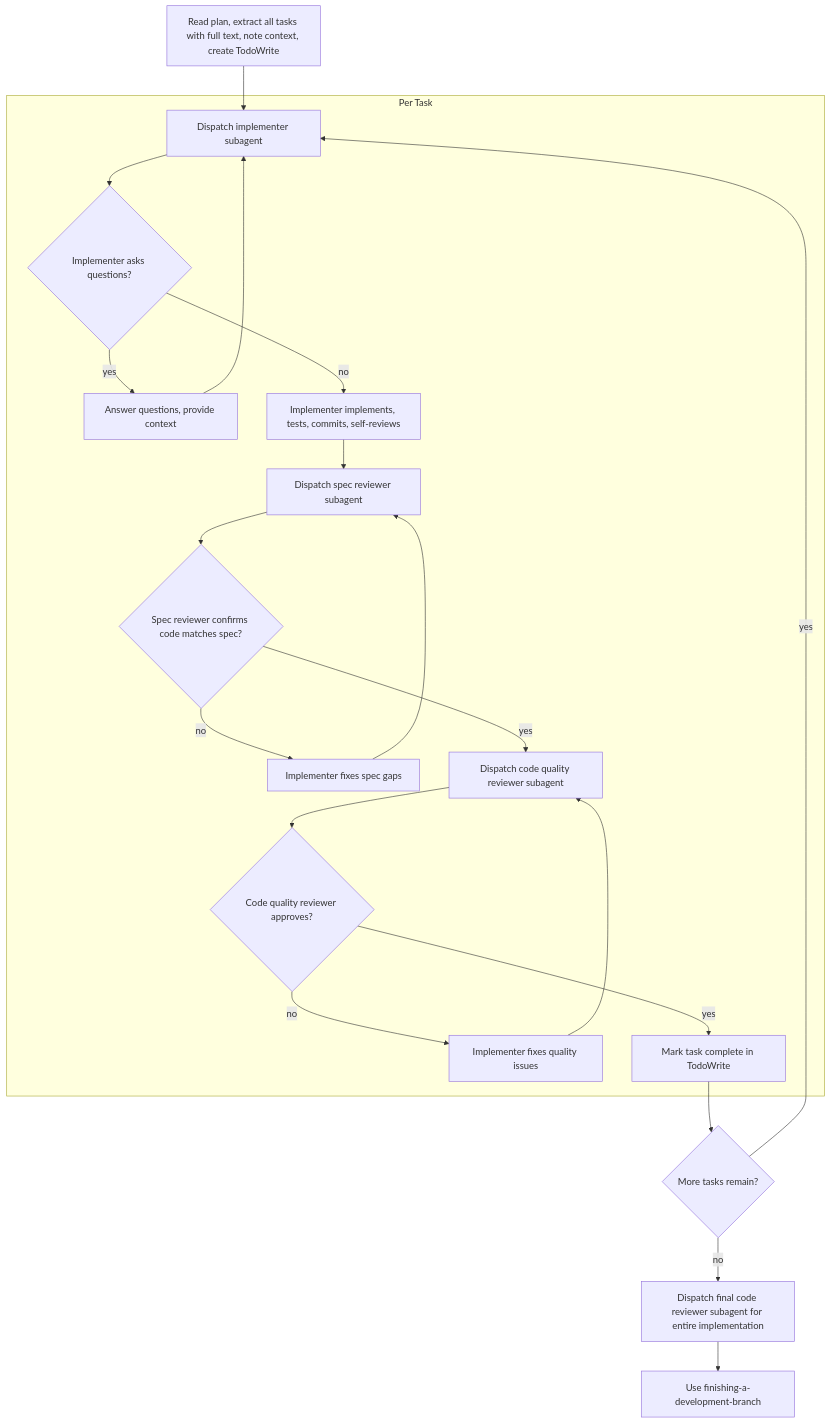
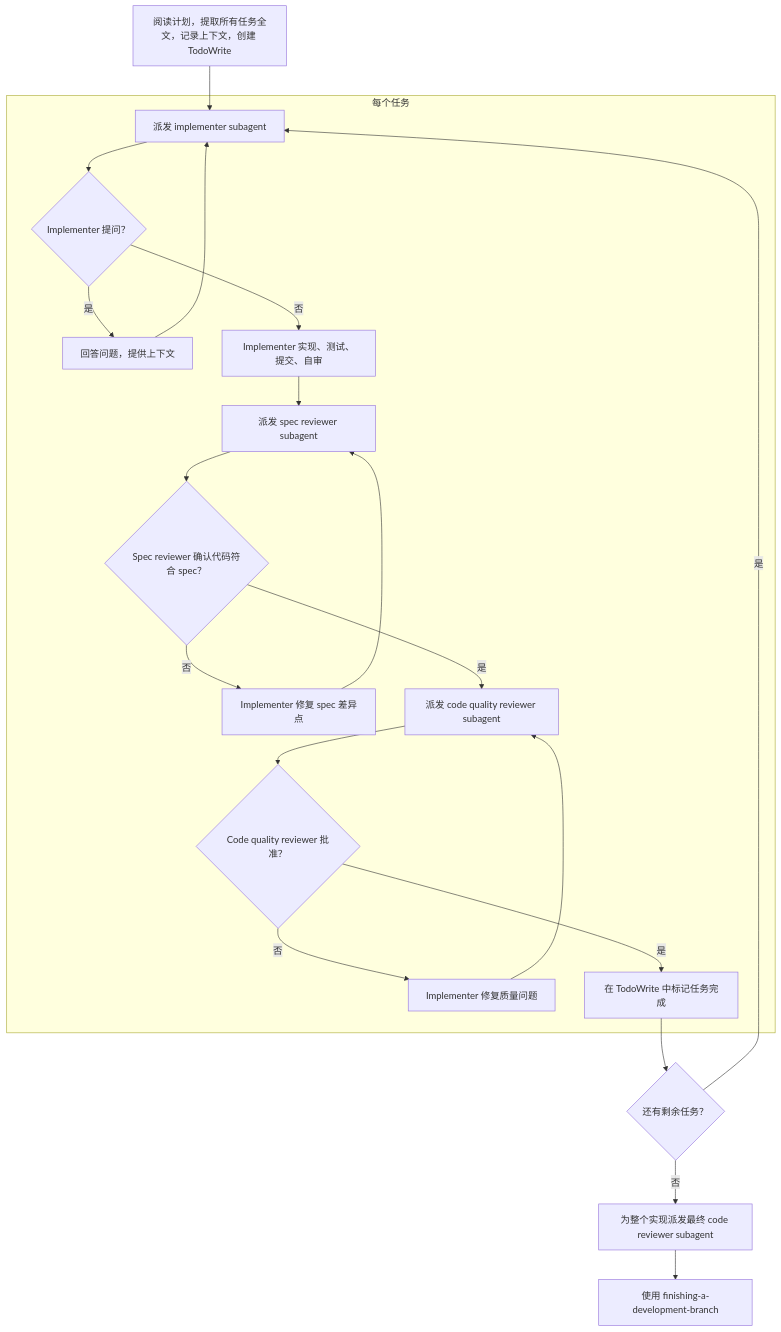
Before and after one commit to BaiduComate/mission-flow: the diagram in skills/subagent-driven-development/SKILL.md, drawn with Mermaid. The commit also changed other lines of this file and 3 other files, not shown here.

````diff
--- a/skills/subagent-driven-development/SKILL.md
+++ b/skills/subagent-driven-development/SKILL.md
@@ -45,26 +25,26 @@
 ```mermaid
 flowchart TD
-    Start[Read plan, extract all tasks with full text, note context, create TodoWrite]
-    Start --> Dispatch[Dispatch implementer subagent]
+    Start[阅读计划，提取所有任务全文，记录上下文，创建 TodoWrite]
+    Start --> Dispatch[派发 implementer subagent]
 
-    subgraph PerTask[Per Task]
-        Dispatch --> AskQ{Implementer asks questions?}
-        AskQ -->|yes| Answer[Answer questions, provide context]
+    subgraph PerTask[每个任务]
+        Dispatch --> AskQ{Implementer 提问？}
+        AskQ -->|是| Answer[回答问题，提供上下文]
         Answer --> Dispatch
-        AskQ -->|no| Implement[Implementer implements, tests, commits, self-reviews]
-        Implement --> SpecReview[Dispatch spec reviewer subagent]
-        SpecReview --> SpecOK{Spec reviewer confirms code matches spec?}
-        SpecOK -->|no| FixSpec[Implementer fixes spec gaps]
+        AskQ -->|否| Implement[Implementer 实现、测试、提交、自审]
+        Implement --> SpecReview[派发 spec reviewer subagent]
+        SpecReview --> SpecOK{Spec reviewer 确认代码符合 spec？}
+        SpecOK -->|否| FixSpec[Implementer 修复 spec 差异点]
         FixSpec --> SpecReview
-        SpecOK -->|yes| QualityReview[Dispatch code quality reviewer subagent]
-        QualityReview --> QualityOK{Code quality reviewer approves?}
-        QualityOK -->|no| FixQuality[Implementer fixes quality issues]
+        SpecOK -->|是| QualityReview[派发 code quality reviewer subagent]
+        QualityReview --> QualityOK{Code quality reviewer 批准？}
+        QualityOK -->|否| FixQuality[Implementer 修复质量问题]
         FixQuality --> QualityReview
-        QualityOK -->|yes| MarkDone[Mark task complete in TodoWrite]
+        QualityOK -->|是| MarkDone[在 TodoWrite 中标记任务完成]
     end
 
-    MarkDone --> MoreTasks{More tasks remain?}
-    MoreTasks -->|yes| Dispatch
-    MoreTasks -->|no| FinalReview[Dispatch final code reviewer subagent for entire implementation]
-    FinalReview --> Finish[Use finishing-a-development-branch]
+    MarkDone --> MoreTasks{还有剩余任务？}
+    MoreTasks -->|是| Dispatch
+    MoreTasks -->|否| FinalReview[为整个实现派发最终 code reviewer subagent]
+    FinalReview --> Finish[使用 finishing-a-development-branch]
 ```
````
